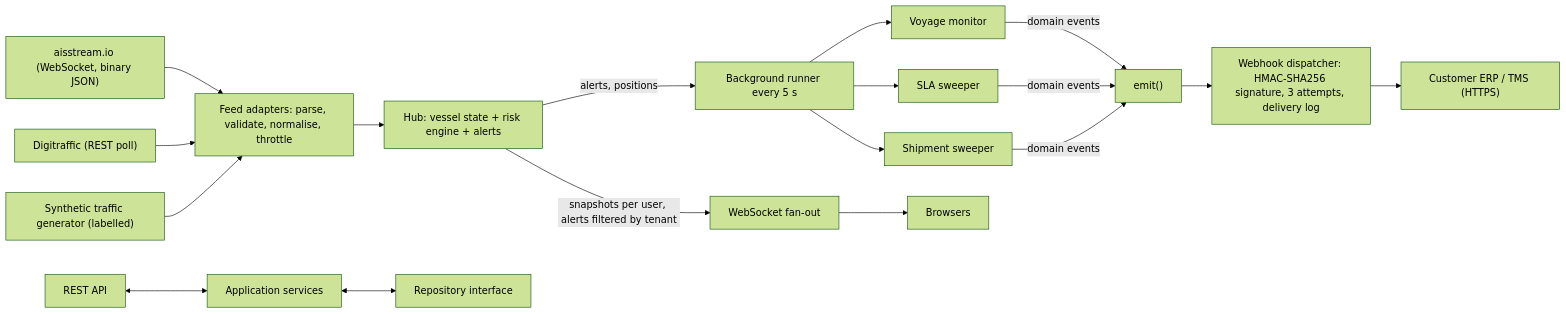
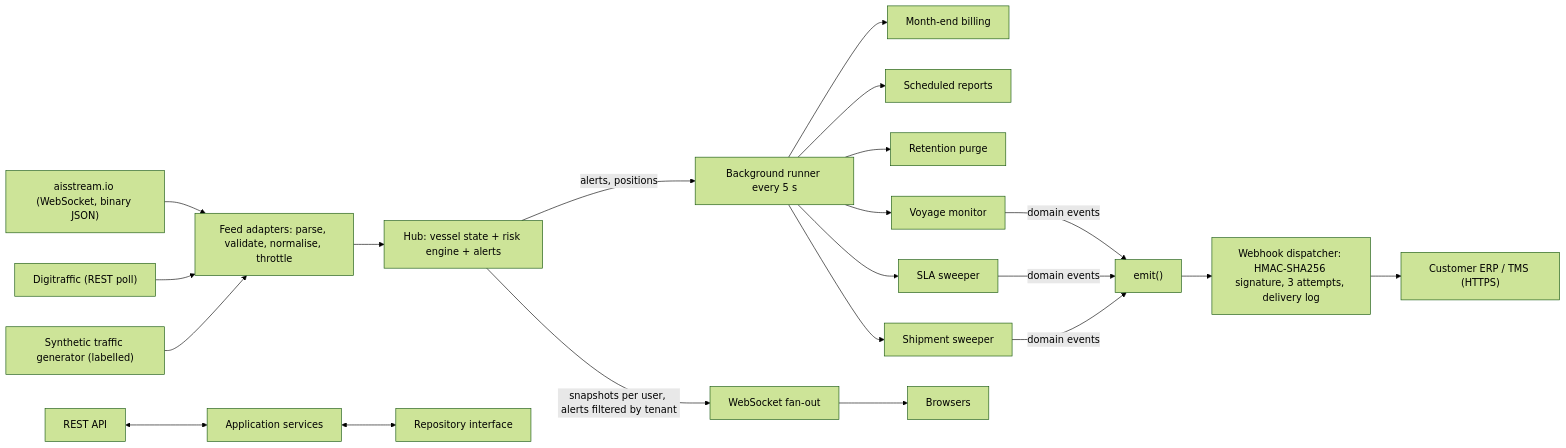
One commit to raksh3011/MSA changed the second of 4 diagrams in docs/ARCHITECTURE.md. Above: the diagram before and after it, drawn with Mermaid (forest theme). The commit also changed other lines of this file and 34 other files, not shown here.

Commit message:
Commercial and compliance layer: contracts, invoicing, sandbox payments, report packs, retention, post-incident reports, ops console; sidebar UI redesign

````diff
--- a/docs/ARCHITECTURE.md
+++ b/docs/ARCHITECTURE.md
@@ -44,17 +52,20 @@
 ```mermaid
 flowchart LR
   AIS1["aisstream.io (WebSocket, binary JSON)"] --> ADP["Feed adapters: parse, validate, normalise, throttle"]
   AIS2["Digitraffic (REST poll)"] --> ADP
   SYN["Synthetic traffic generator (labelled)"] --> ADP
   ADP --> HUB["Hub: vessel state + risk engine + alerts"]
   HUB -->|alerts, positions| BG["Background runner every 5 s"]
+  BG --> BILL["Month-end billing"]
+  BG --> RPT["Scheduled reports"]
+  BG --> RET["Retention purge"]
   BG --> VM["Voyage monitor"]
   BG --> SLA["SLA sweeper"]
   BG --> SH["Shipment sweeper"]
   VM & SLA & SH -->|domain events| EV["emit()"]
   EV --> WH["Webhook dispatcher: HMAC-SHA256 signature, 3 attempts, delivery log"]
   WH --> ERP["Customer ERP / TMS (HTTPS)"]
   HUB -->|snapshots per user, alerts filtered by tenant| WS["WebSocket fan-out"]
   WS --> BROWSER["Browsers"]
   API2["REST API"] <--> SVC2["Application services"] <--> REPO["Repository interface"]
 ```
````
